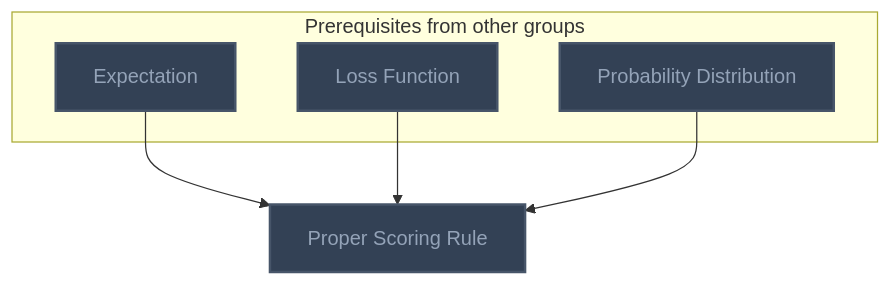
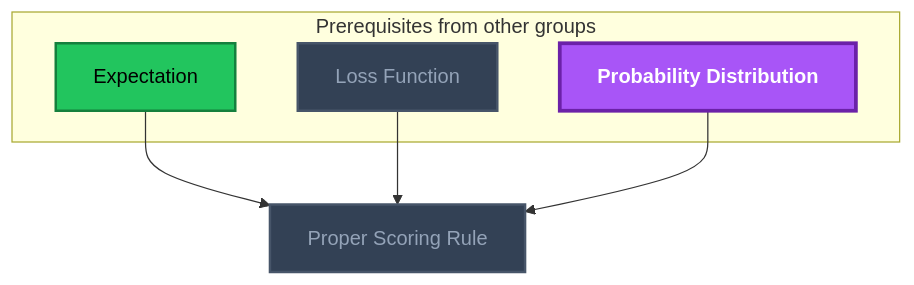
One commit to MRauf1/My-Notes changed the diagram in Gamification/Skill Trees/Decision Theory.md. Above: the diagram before and after it, drawn with Mermaid. The commit also changed 145 other files, not shown here.

````diff
--- a/Gamification/Skill Trees/Decision Theory.md
+++ b/Gamification/Skill Trees/Decision Theory.md
@@ -17,23 +17,25 @@
 ```mermaid
 flowchart TD
     classDef planned fill:#1E293B,stroke:#64748B,stroke-width:2px,stroke-dasharray:5 5,color:#94A3B8;
     classDef locked fill:#334155,stroke:#475569,stroke-width:2px,color:#94A3B8;
     classDef L0 fill:#F1F5F9,stroke:#94A3B8,stroke-width:2px,color:#000000;
     classDef L1 fill:#22C55E,stroke:#15803D,stroke-width:2px,color:#000000;
     classDef L2 fill:#3B82F6,stroke:#1D4ED8,stroke-width:3px,color:#FFFFFF;
     classDef L3 fill:#A855F7,stroke:#6B21A8,stroke-width:3px,color:#FFFFFF,font-weight:bold;
     classDef L4 fill:#F97316,stroke:#C2410C,stroke-width:4px,color:#000000,font-weight:bold;
     classDef L5 fill:#FFD700,stroke:#FF8C00,stroke-width:5px,color:#000000,font-weight:bold;
     classDef rusty stroke:#8B4513,stroke-width:4px,stroke-dasharray:3 3;
     subgraph sg_prereqs["Prerequisites from other groups"]
         n_expectation["Expectation"]
         n_loss_function["Loss Function"]
         n_probability_distribution["Probability Distribution"]
     end
     n_proper_scoring_rule["Proper Scoring Rule"]
     n_expectation --> n_proper_scoring_rule
     n_loss_function --> n_proper_scoring_rule
     n_probability_distribution --> n_proper_scoring_rule
-    class n_expectation,n_loss_function,n_probability_distribution,n_proper_scoring_rule locked;
+    class n_loss_function,n_proper_scoring_rule locked;
+    class n_expectation L1;
+    class n_probability_distribution L3;
     class n_expectation,n_loss_function,n_probability_distribution,n_proper_scoring_rule internal-link;
 ```
````
